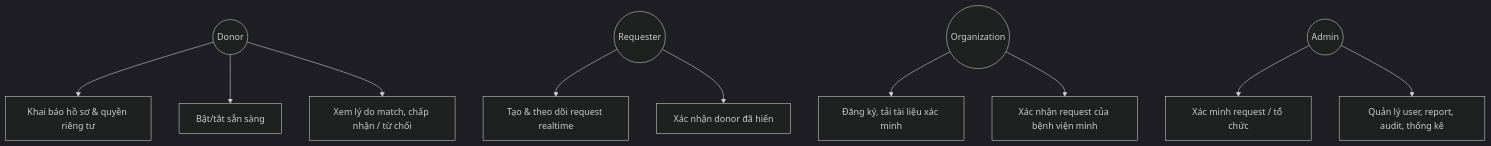
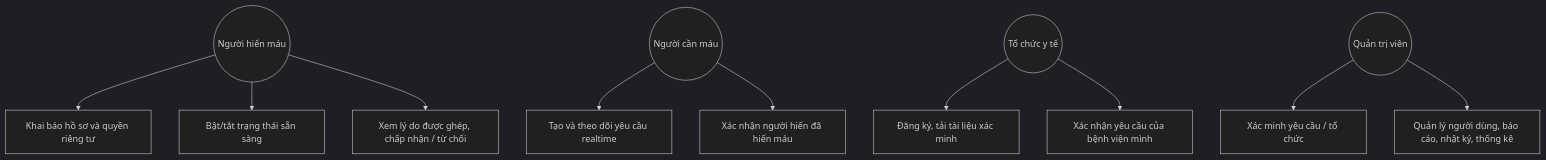
Before and after one commit to nhungoc260/lifely_demo: the sixth of 9 diagrams in docs/ARCHITECTURE.md, drawn with Mermaid (dark theme). The commit also changed other lines of this file, not shown here.

First line of the commit message:
Revise architecture and ERD sections with translations

````diff
--- a/docs/ARCHITECTURE.md
+++ b/docs/ARCHITECTURE.md
@@ -125,12 +135,12 @@
 ```mermaid
 flowchart TB
-  Donor((Donor)) --> U1[Khai báo hồ sơ & quyền riêng tư]
-  Donor --> U2[Bật/tắt sẵn sàng]
-  Donor --> U3[Xem lý do match, chấp nhận / từ chối]
-  Requester((Requester)) --> U4[Tạo & theo dõi request realtime]
-  Requester --> U5[Xác nhận donor đã hiến]
-  Org((Organization)) --> U6[Đăng ký, tải tài liệu xác minh]
-  Org --> U7[Xác nhận request của bệnh viện mình]
-  Admin((Admin)) --> U8[Xác minh request / tổ chức]
-  Admin --> U9[Quản lý user, report, audit, thống kê]
+  Donor(("Người hiến máu")) --> U1["Khai báo hồ sơ và quyền riêng tư"]
+  Donor --> U2["Bật/tắt trạng thái sẵn sàng"]
+  Donor --> U3["Xem lý do được ghép, chấp nhận / từ chối"]
+  Requester(("Người cần máu")) --> U4["Tạo và theo dõi yêu cầu realtime"]
+  Requester --> U5["Xác nhận người hiến đã hiến máu"]
+  Org(("Tổ chức y tế")) --> U6["Đăng ký, tải tài liệu xác minh"]
+  Org --> U7["Xác nhận yêu cầu của bệnh viện mình"]
+  Admin(("Quản trị viên")) --> U8["Xác minh yêu cầu / tổ chức"]
+  Admin --> U9["Quản lý người dùng, báo cáo, nhật ký, thống kê"]
 ```
````
